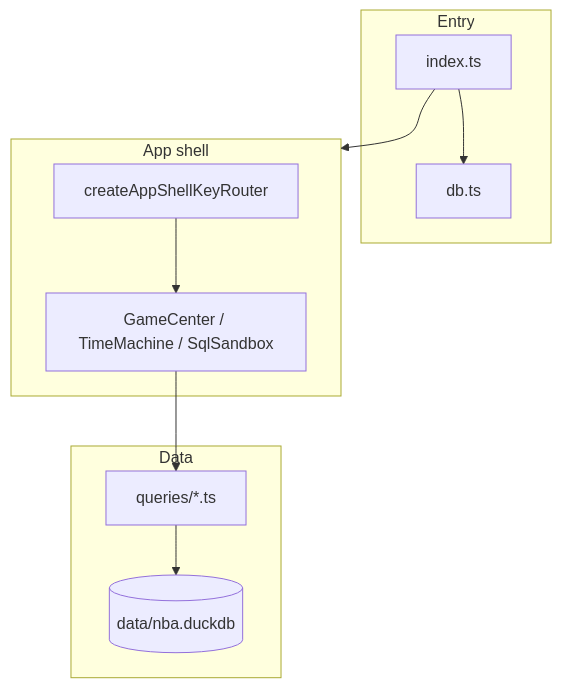
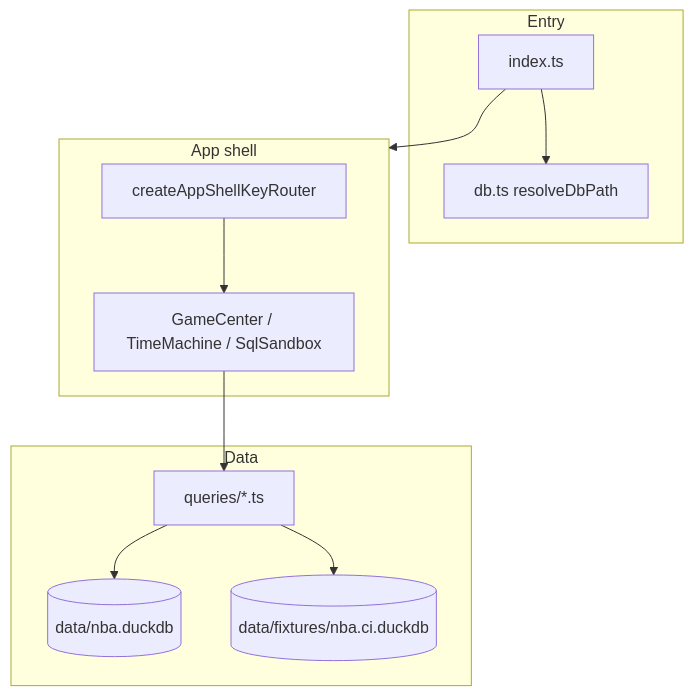
One commit to nickth3man/bballgenius changed the diagram in README.md. Above: the diagram before and after it, drawn with Mermaid. The commit also changed other lines of this file and 37 other files, not shown here.

````diff
--- a/README.md
+++ b/README.md
@@ -161,20 +219,22 @@
 ```mermaid
 flowchart TB
   subgraph entry [Entry]
     index[index.ts]
-    db[db.ts]
+    db[db.ts resolveDbPath]
   end
   subgraph shell [App shell]
     router[createAppShellKeyRouter]
     tabs[GameCenter / TimeMachine / SqlSandbox]
   end
   subgraph data [Data]
-    duck[(data/nba.duckdb)]
+    full[(data/nba.duckdb)]
+    fixture[(data/fixtures/nba.ci.duckdb)]
     queries[queries/*.ts]
   end
   index --> db
   index --> shell
   tabs --> queries
-  queries --> duck
+  queries --> full
+  queries --> fixture
   router --> tabs
 ```
````
